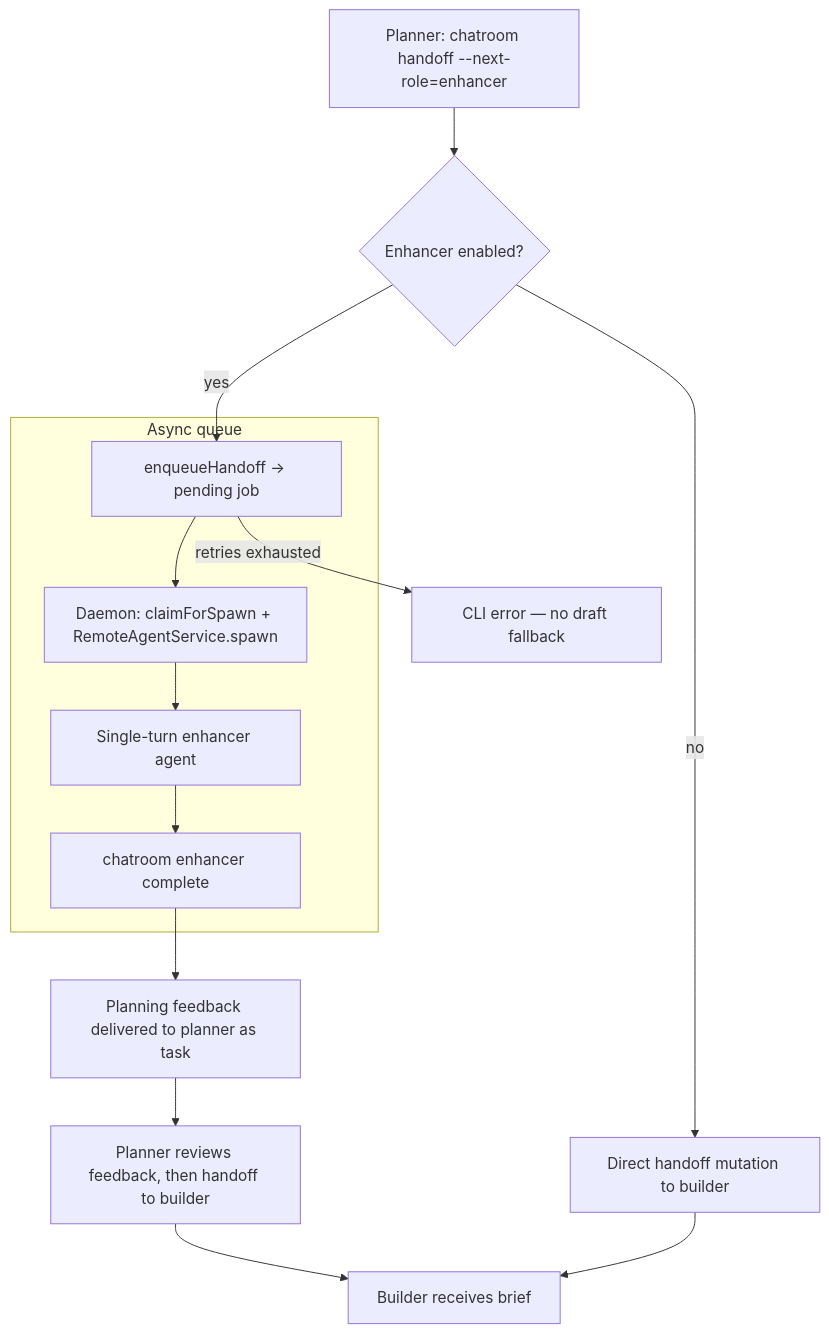
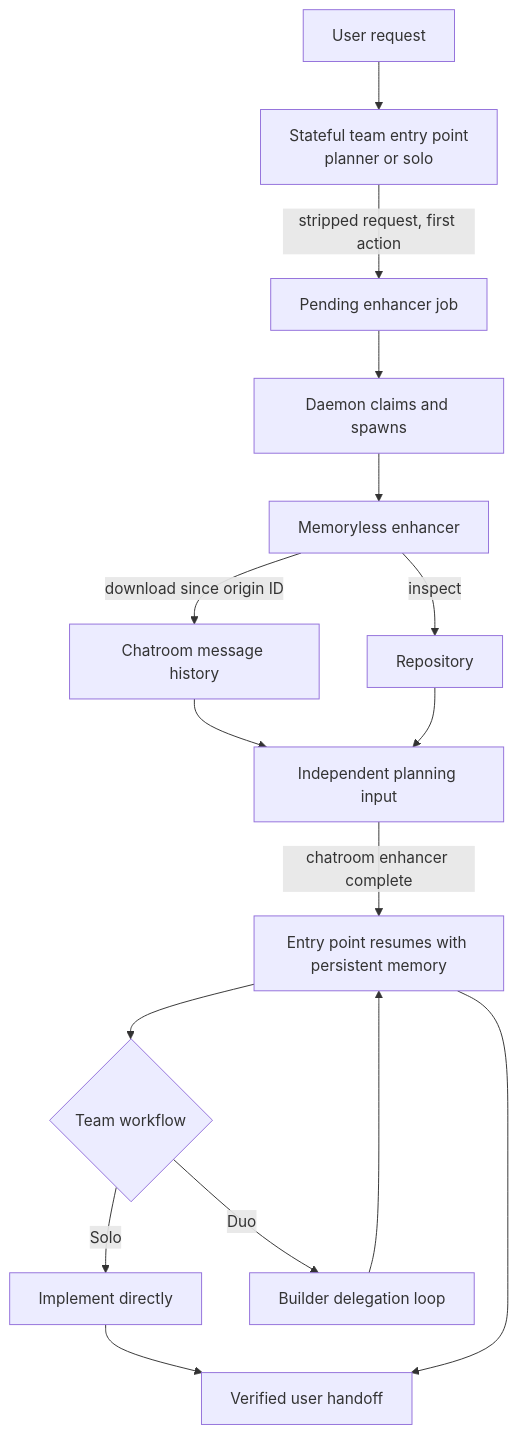
The diagram in docs/plans/enhancers.md (conradkoh/chatroom), drawn with Mermaid before and after one commit. The commit also changed other lines of this file and 88 other files, not shown here.

First line of the commit message:
refactor(enhancer): make planning request-first

````diff
--- a/docs/plans/enhancers.md
+++ b/docs/plans/enhancers.md
@@ -40,18 +86,18 @@
 ```mermaid
 flowchart TD
-    P[Planner: chatroom handoff --next-role=enhancer] --> Q{Enhancer enabled?}
-    Q -->|no| H[Direct handoff mutation to builder]
-    Q -->|yes| E[enqueueHandoff → pending job]
-
-    subgraph Async queue
-        E --> D[Daemon: claimForSpawn + RemoteAgentService.spawn]
-        D --> A[Single-turn enhancer agent]
-        A --> C[chatroom enhancer complete]
-    end
-
-    C --> F[Planning feedback delivered to planner as task]
-    F --> P2[Planner reviews feedback, then handoff to builder]
-    P2 --> B[Builder receives brief]
-    H --> B
-    E -->|retries exhausted| FAIL[CLI error — no draft fallback]
+    U[User request] --> P[Stateful team entry point<br/>planner or solo]
+    P -->|stripped request, first action| E[Pending enhancer job]
+    E --> D[Daemon claims and spawns]
+    D --> H[Memoryless enhancer]
+    H -->|download since origin ID| M[Chatroom message history]
+    H -->|inspect| R[Repository]
+    M --> A[Independent planning input]
+    R --> A
+    A -->|chatroom enhancer complete| P2[Entry point resumes with persistent memory]
+    P2 --> B{Team workflow}
+    B -->|Solo| I[Implement directly]
+    B -->|Duo| D2[Builder delegation loop]
+    D2 --> P2
+    I --> X[Verified user handoff]
+    P2 --> X[Verified user handoff]
 ```
````
